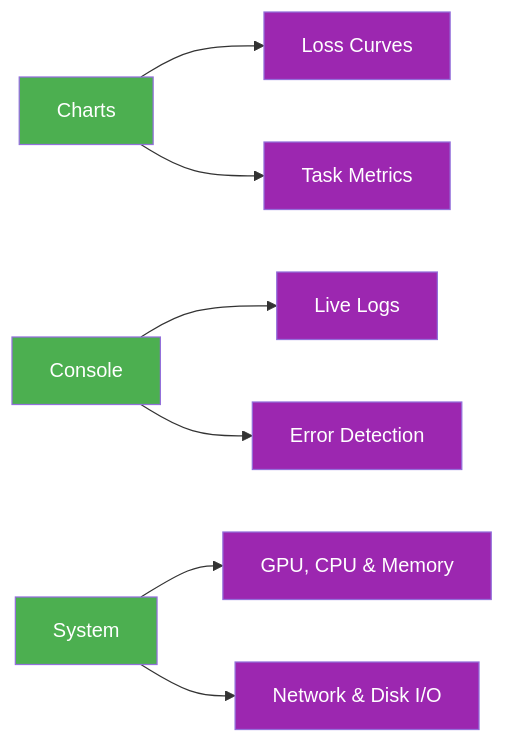
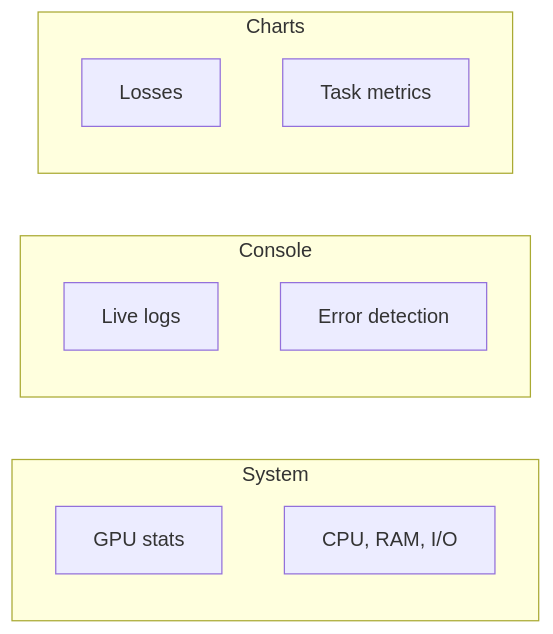
The second of 2 diagrams in docs/en/platform/train/index.md (ultralytics/ultralytics), drawn with Mermaid before and after one commit. The commit also changed other lines of this file and 20 other files, not shown here.

Commit message:
Migrate docs Mermaid diagrams to the unified design system (#26573)

````diff
--- a/docs/en/platform/train/index.md
+++ b/docs/en/platform/train/index.md
@@ -92,12 +88,20 @@
 ```mermaid
-graph LR
-    A[Charts]:::start --> B[Loss Curves]:::out
-    A --> C[Task Metrics]:::out
-    D[Console]:::start --> E[Live Logs]:::out
-    D --> F[Error Detection]:::out
-    G[System]:::start --> H[GPU, CPU & Memory]:::out
-    G --> I[Network & Disk I/O]:::out
-
-    classDef start fill:#4CAF50,color:#fff
-    classDef out fill:#9C27B0,color:#fff
+flowchart TD
+    subgraph charts["Charts"]
+        direction TB
+        A[Losses]
+        B[Task metrics]
+    end
+    subgraph console["Console"]
+        direction TB
+        C[Live logs]
+        D[Error detection]
+    end
+    subgraph system["System"]
+        direction TB
+        E[GPU stats]
+        F["CPU, RAM, I/O"]
+    end
+    charts ~~~ console
+    console ~~~ system
 ```
````
